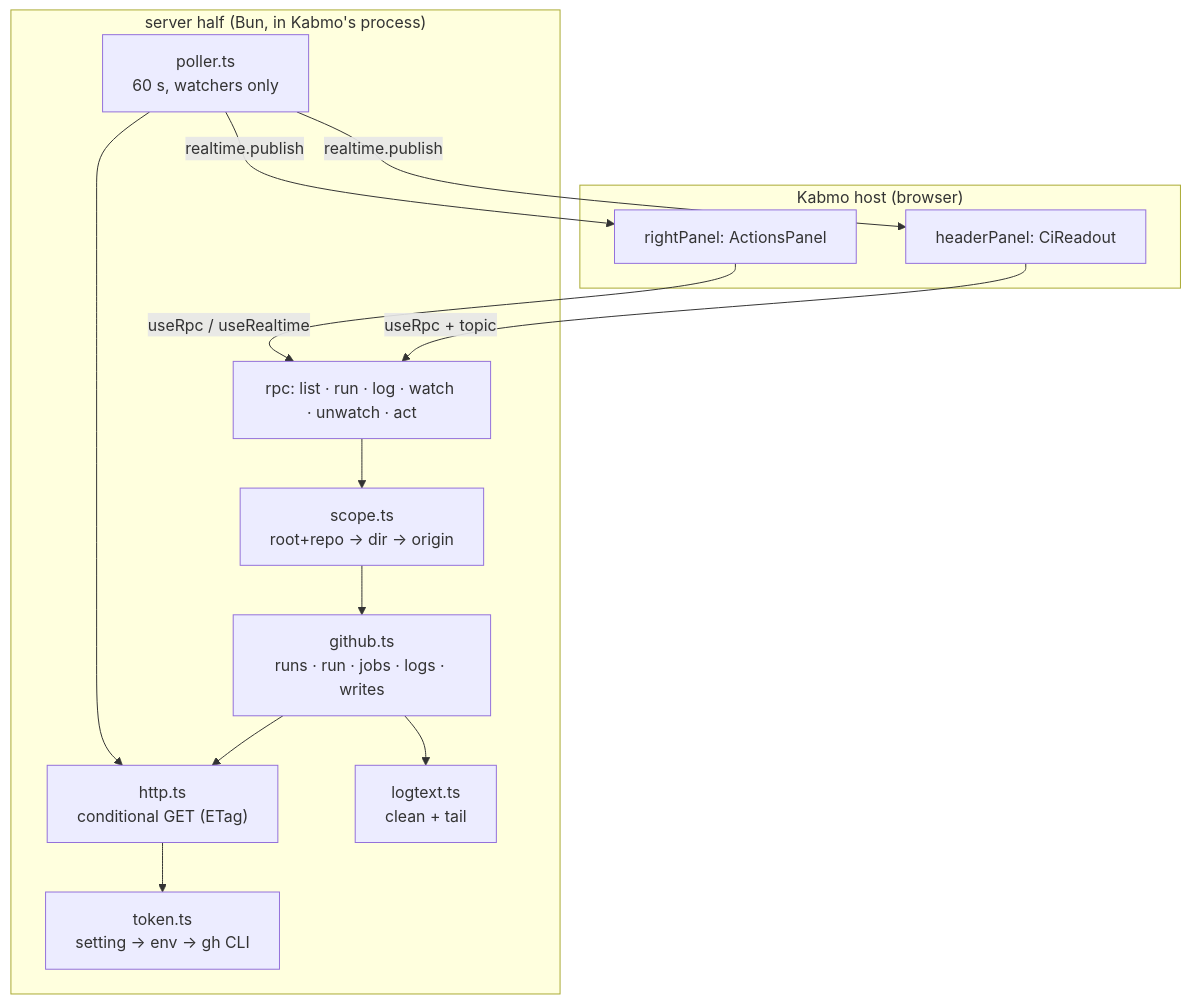
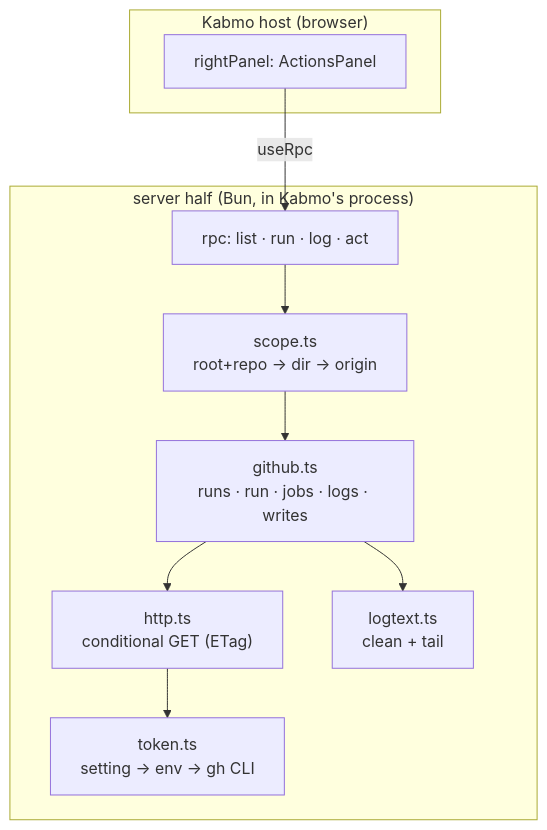
Before and after one commit to kabmo-labs/kabmo: the first of 6 diagrams in docs/milestones/M24-github-actions-viewer.md, drawn with Mermaid. The commit also changed other lines of this file and 15 other files, not shown here.

First line of the commit message:
feat(actions): drop the navbar readout and the poller that fed it

````diff
--- a/docs/milestones/M24-github-actions-viewer.md
+++ b/docs/milestones/M24-github-actions-viewer.md
@@ -121,24 +122,18 @@
 ```mermaid
 flowchart TD
     subgraph host["Kabmo host (browser)"]
         P["rightPanel: ActionsPanel"]
-        H["headerPanel: CiReadout"]
     end
     subgraph srv["server half (Bun, in Kabmo's process)"]
-        R["rpc: list · run · log · watch · unwatch · act"]
+        R["rpc: list · run · log · act"]
         S["scope.ts<br/>root+repo → dir → origin"]
         G["github.ts<br/>runs · run · jobs · logs · writes"]
         C["http.ts<br/>conditional GET (ETag)"]
         T["token.ts<br/>setting → env → gh CLI"]
-        W["poller.ts<br/>60 s, watchers only"]
         Z["logtext.ts<br/>clean + tail"]
     end
-    P -- "useRpc / useRealtime" --> R
-    H -- "useRpc + topic" --> R
+    P -- "useRpc" --> R
     R --> S --> G
     G --> C --> T
     G --> Z
-    W --> C
-    W -- "realtime.publish" --> P
-    W -- "realtime.publish" --> H
 ```
````
